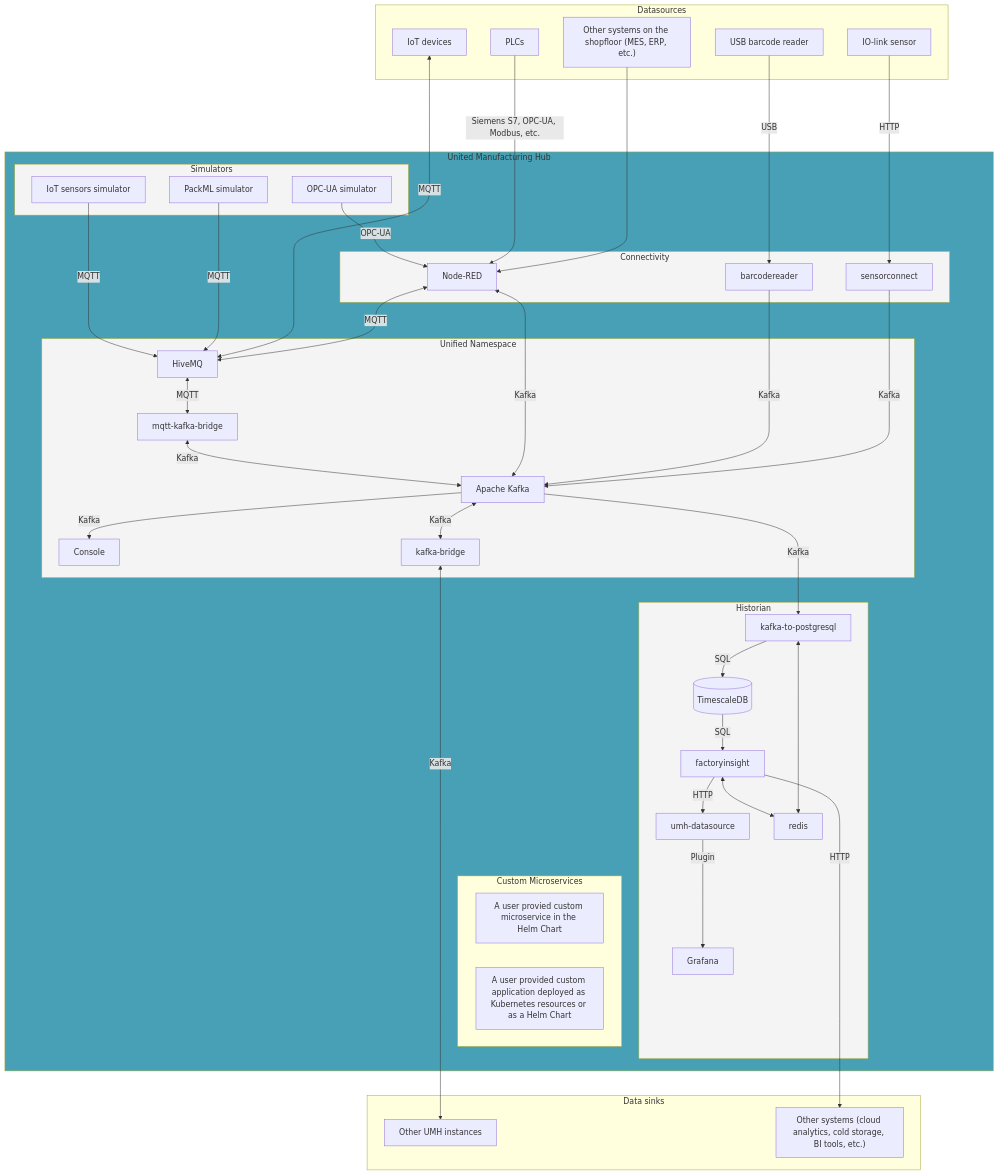
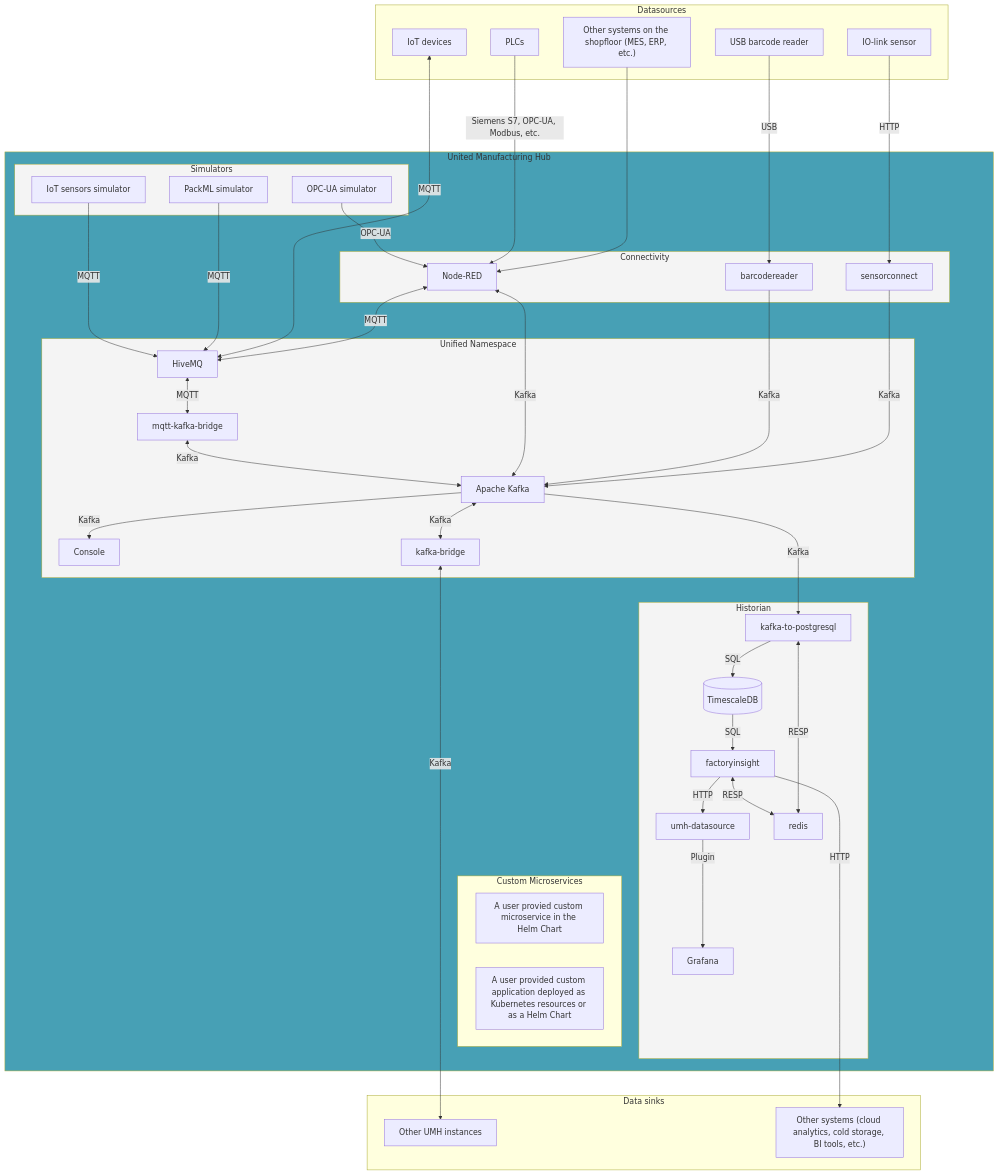
The diagram in umh.docs.umh.app/content/en/docs/architecture/_index.md (united-manufacturing-hub/umh.docs.umh.app), drawn with Mermaid before and after one commit.

Commit message:
feat: added RESP

```diff
--- a/umh.docs.umh.app/content/en/docs/architecture/_index.md
+++ b/umh.docs.umh.app/content/en/docs/architecture/_index.md
@@ -55,8 +55,8 @@
             timescaledb -- SQL --> factoryinsight
             factoryinsight -- HTTP --> umh-datasource
             umh-datasource --Plugin--> grafana
-            factoryinsight <--> redis
-            kafka-to-postgresql <--> redis
+            factoryinsight <--RESP--> redis
+            kafka-to-postgresql <--RESP--> redis
         end 
 
 
```
